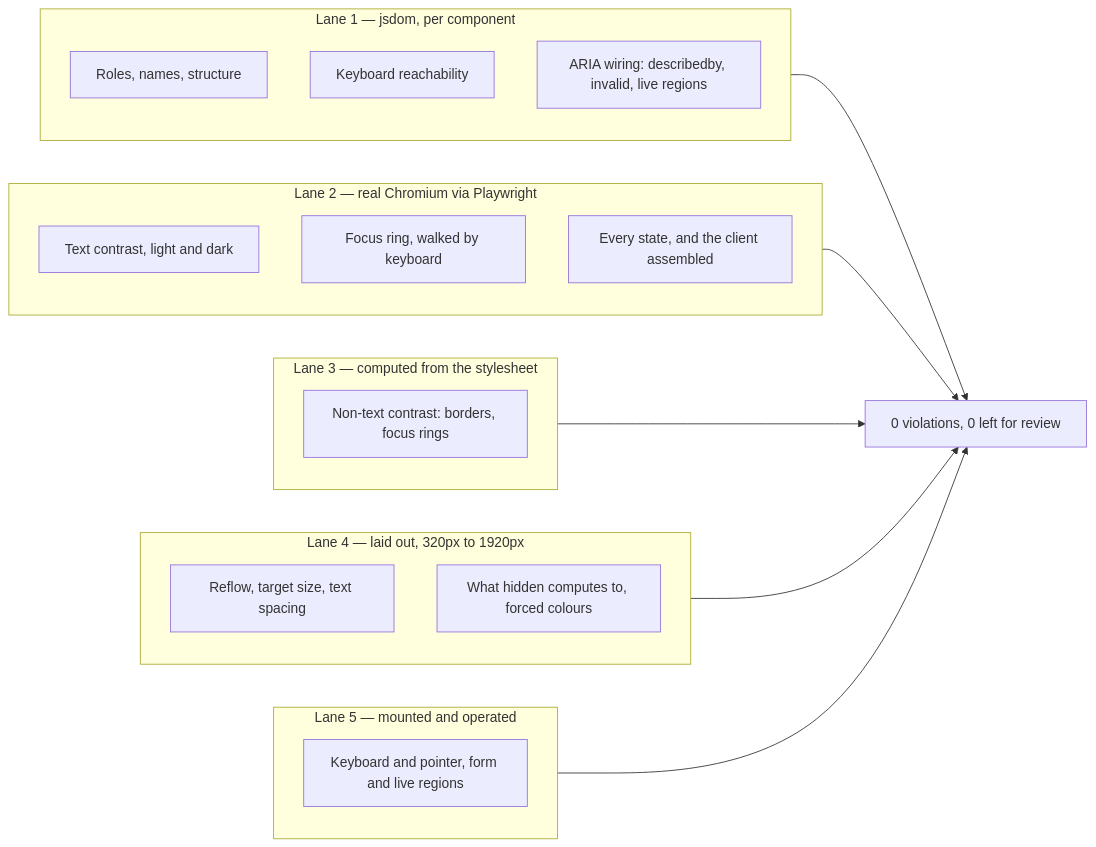
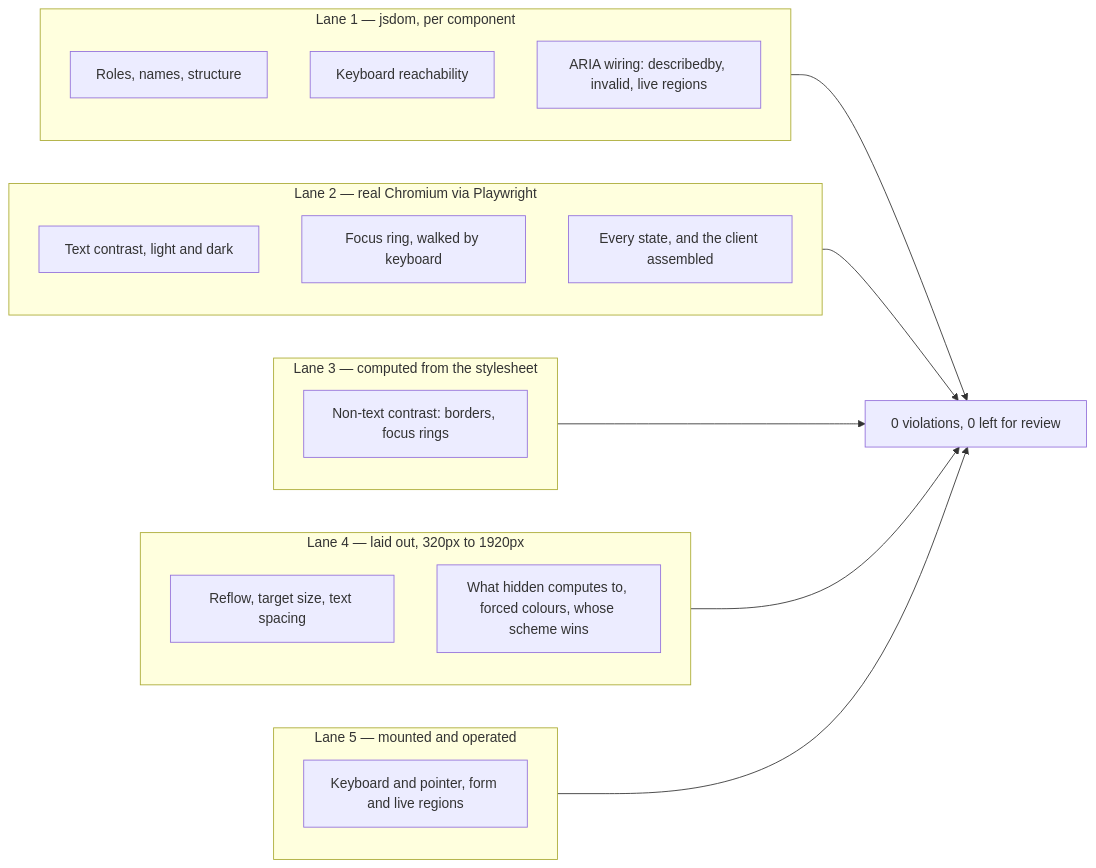
Before and after one commit to d4551/cloudflare-dsh: the sixth of 7 diagrams in README.md, drawn with Mermaid. The commit also changed other lines of this file and 8 other files, not shown here.

````diff
--- a/README.md
+++ b/README.md
@@ -658,28 +665,28 @@
 ```mermaid
 graph LR
     subgraph jsdom["Lane 1 — jsdom, per component"]
         A["Roles, names, structure"]
         B["Keyboard reachability"]
         C["ARIA wiring: describedby, invalid, live regions"]
     end
     subgraph chromium["Lane 2 — real Chromium via Playwright"]
         D["Text contrast, light and dark"]
         E["Focus ring, walked by keyboard"]
         F["Every state, and the client assembled"]
     end
     subgraph computed["Lane 3 — computed from the stylesheet"]
         H["Non-text contrast: borders, focus rings"]
     end
     subgraph viewport["Lane 4 — laid out, 320px to 1920px"]
         I["Reflow, target size, text spacing"]
-        J["What hidden computes to, forced colours"]
+        J["What hidden computes to, forced colours, whose scheme wins"]
     end
     subgraph e2e["Lane 5 — mounted and operated"]
         K["Keyboard and pointer, form and live regions"]
     end
     jsdom --> G["0 violations, 0 left for review"]
     chromium --> G
     computed --> G
     viewport --> G
     e2e --> G
 ```
````
